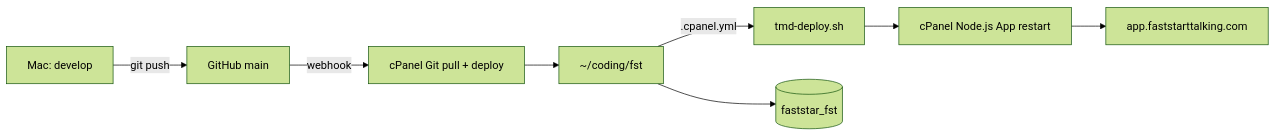
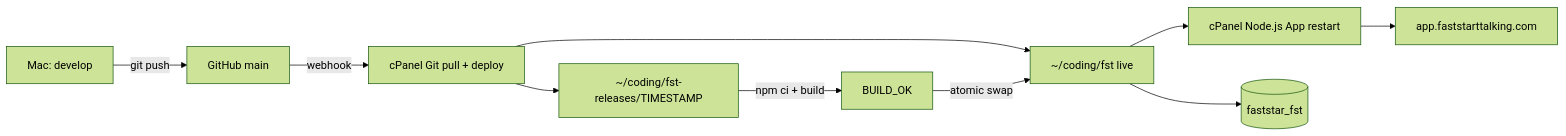
The diagram in docs/TMD_DEPLOY.md (ekddigital/fst), drawn with Mermaid (forest theme) before and after one commit. The commit also changed other lines of this file and 2 other files, not shown here.

First line of the commit message:
Add zero-downtime TMD deploy with staging release swap.

````diff
--- a/docs/TMD_DEPLOY.md
+++ b/docs/TMD_DEPLOY.md
@@ -600,10 +602,12 @@
 ```mermaid
 flowchart LR
   Mac[Mac: develop] -->|git push| GH[GitHub main]
   GH -->|webhook| CP[cPanel Git pull + deploy]
-  CP --> Server[~/coding/fst]
-  Server -->|.cpanel.yml| Build[tmd-deploy.sh]
-  Build --> Node[cPanel Node.js App restart]
+  CP --> Live[~/coding/fst live]
+  CP --> Staging[~/coding/fst-releases/TIMESTAMP]
+  Staging -->|npm ci + build| Build[BUILD_OK]
+  Build -->|atomic swap| Live
+  Live --> Node[cPanel Node.js App restart]
   Node --> Sub[app.faststarttalking.com]
-  Server --> PG[(faststar_fst)]
+  Live --> PG[(faststar_fst)]
 ```
````
